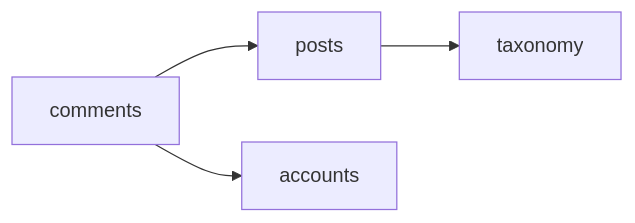
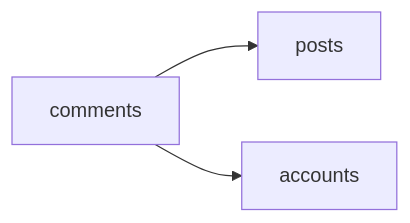
The first of 2 diagrams in docs/arquitetura.md (ataraxia-ppads/ataraxia-blog), drawn with Mermaid before and after one commit. The commit also changed other lines of this file and 40 other files, not shown here.

````diff
--- a/docs/arquitetura.md
+++ b/docs/arquitetura.md
@@ -28,6 +27,5 @@
 ```mermaid
 flowchart LR
     comments --> posts
     comments --> accounts
-    posts --> taxonomy
 ```
````
